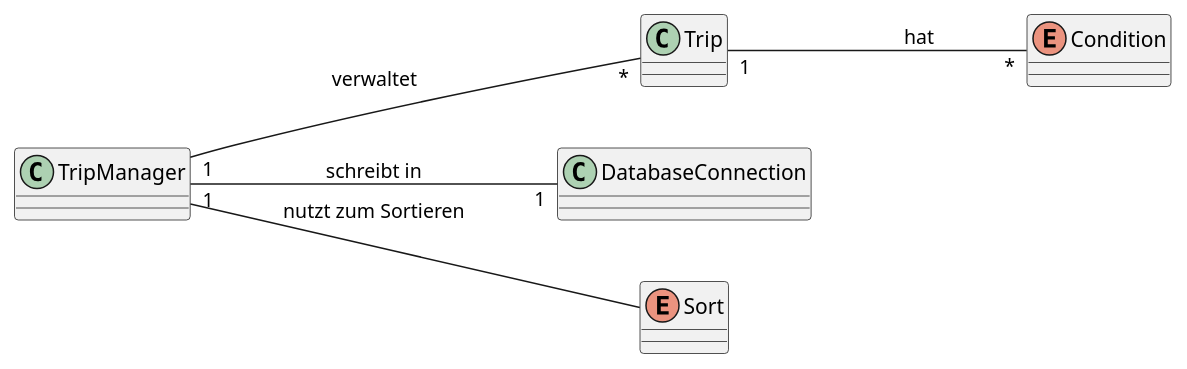
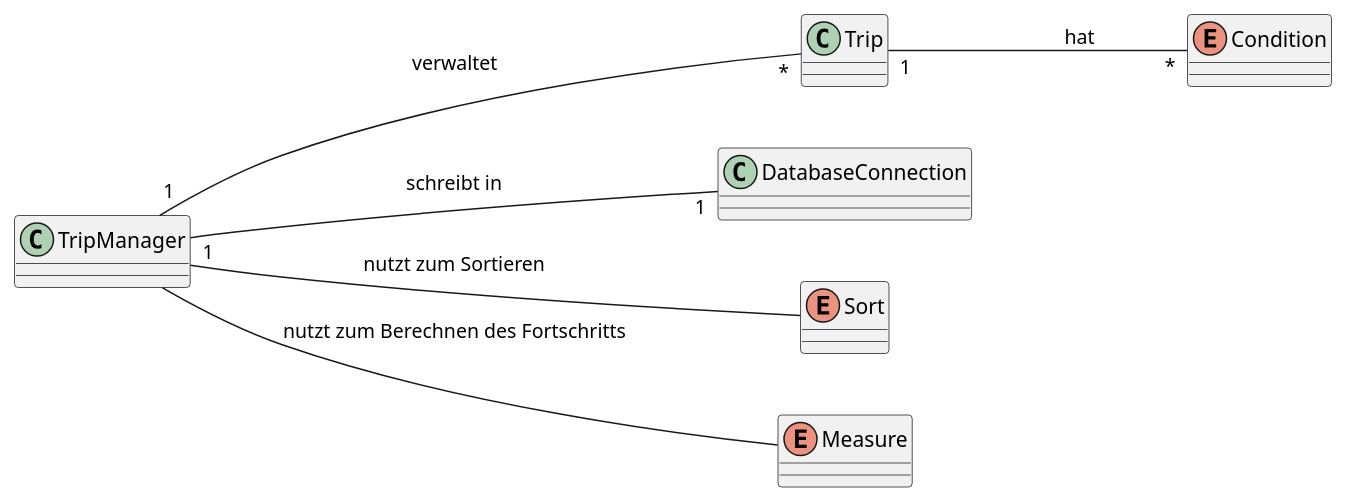
The second of 3 diagrams in asciidocs/slides/presentation.adoc (jbrunnerhtl/Driving_Tracker_Java_Docs), drawn with PlantUML before and after one commit. The commit also changed 2 other files, not shown here.

Commit message:
updated cld

```diff
--- a/asciidocs/slides/presentation.adoc
+++ b/asciidocs/slides/presentation.adoc
@@ -123,35 +123,31 @@
 [plantuml, classdia, svg]
 ----
 @startuml
 left to right direction
 
 class Trip {
-
 }
 
 class TripManager {
-
 }
 
 class DatabaseConnection {
-
 }
 
 enum Condition {
-
 }
 
+enum Sort {
+}
 
-
-enum Sort {
-
+enum Measure {
 }
 
 Trip "1" --- "*" Condition : hat
 TripManager "1" --- "*" Trip : verwaltet
 TripManager "1" --- "1" DatabaseConnection : schreibt in
 TripManager --- Sort : nutzt zum Sortieren
+TripManager --- Measure : nutzt zum Berechnen des Fortschritts
 
 @enduml
-
 ----
```
